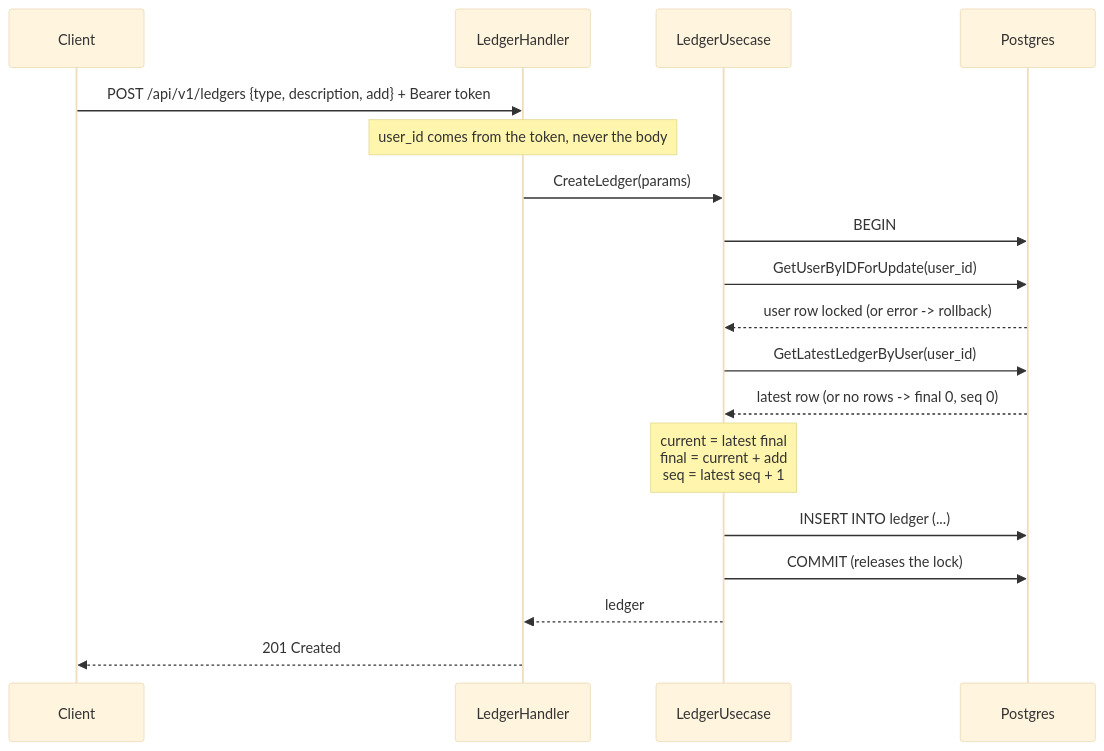
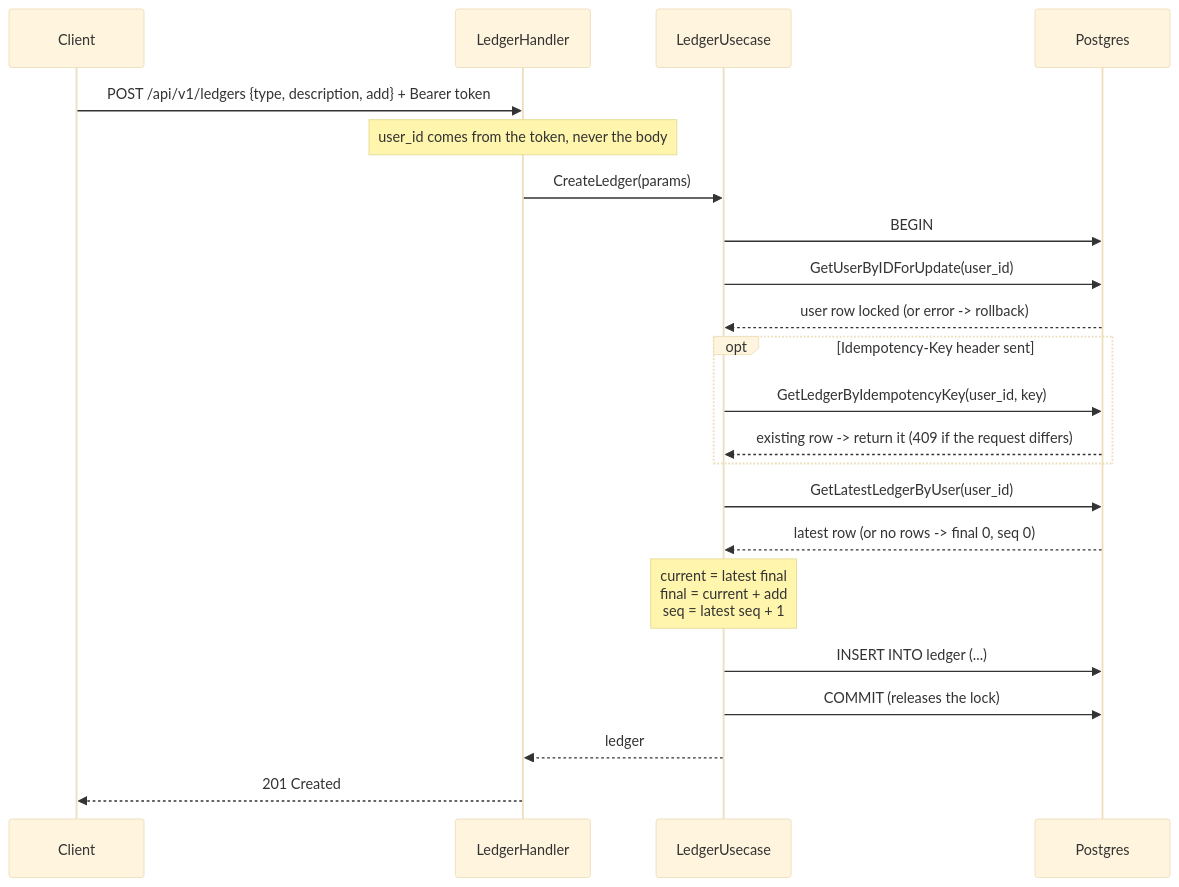
The second of 2 diagrams in README.md (YungBenn/balance-ledger-database-design), drawn with Mermaid (base theme) before and after one commit. The commit also changed other lines of this file and 11 other files, not shown here.

````diff
--- a/README.md
+++ b/README.md
@@ -123,21 +127,25 @@
 ```mermaid
 sequenceDiagram
     participant C as Client
     participant H as LedgerHandler
     participant U as LedgerUsecase
     participant DB as Postgres
 
     C->>H: POST /api/v1/ledgers {type, description, add} + Bearer token
     Note over H: user_id comes from the token, never the body
     H->>U: CreateLedger(params)
     U->>DB: BEGIN
     U->>DB: GetUserByIDForUpdate(user_id)
     DB-->>U: user row locked (or error -> rollback)
+    opt Idempotency-Key header sent
+        U->>DB: GetLedgerByIdempotencyKey(user_id, key)
+        DB-->>U: existing row -> return it (409 if the request differs)
+    end
     U->>DB: GetLatestLedgerByUser(user_id)
     DB-->>U: latest row (or no rows -> final 0, seq 0)
     Note over U: current = latest final<br/>final = current + add<br/>seq = latest seq + 1
     U->>DB: INSERT INTO ledger (...)
     U->>DB: COMMIT (releases the lock)
     U-->>H: ledger
     H-->>C: 201 Created
 ```
````
